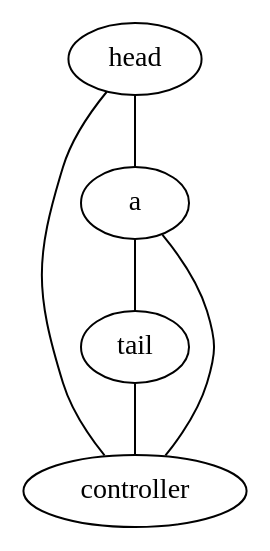
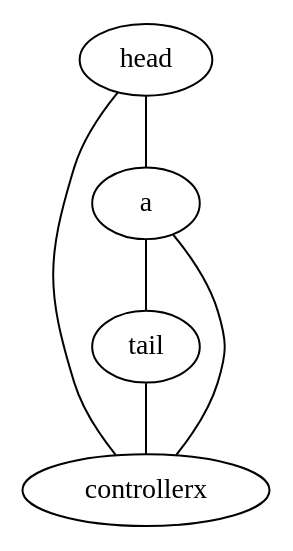
Before and after one commit to jsommers/fs: the diagram in conf/cbr1.dot, drawn with Graphviz. The commit also changed 9 other files, not shown here.

```diff
--- a/conf/cbr1.dot
+++ b/conf/cbr1.dot
@@ -1,56 +1,54 @@
 graph test {
     // global settings for measurements
     counterexportfile="counters"
     flowexport=text
     flowsampling=1.0
     pktsampling=1.0
     exportcycle=60
     counterexport=True
     counterexportinterval=1
     longflowtmo=60
     flowinactivetmo=60
     measurementnodes="a"
 
 
     head [ 
-        type="ofswitch"
+        type="OpenflowSwitch"
+        controller="controllerx"
         autoack="False"
         ipdests="10.1.0.0/16"
         traffic="m1"
 
         // harpoon
         // m1="modulator start=0.0 generator=s1 profile=((3600,),(10,))"
         // s1="harpoon ipsrc=10.1.1.0/24 ipdst=10.3.1.0/24 flowsize=pareto(5000,1.2) flowstart=exponential(10.0) ipproto=randomchoice(6) sport=randomchoice(22,80,443) dport=randomunifint(1025,65535) lossrate=randomchoice(0.001)"
 
         // udp vbr flows 
         m1="modulator start=0 generator=s1 profile=((3600,),(1,))"
-        s1="rawflow ipsrc=10.1.1.0/24 ipdst=10.3.1.0/24 flowlets=1 dport=randomunifint(1024,65535) sport=randomunifint(1024,65535) ipproto=udp pkts=randomchoice(8333) bytes=randomchoice(12500000) continuous=True fps=1"
+        s1="simple ipsrc=10.1.1.0/24 ipdst=10.3.1.0/24 flowlets=1 dport=randomunifint(1024,65535) sport=randomunifint(1024,65535) ipproto=udp pkts=randomchoice(8333) bytes=randomchoice(12500000) continuous=True fps=1"
     ];
 
     tail [ 
-        type="ofswitch"
+        type="OpenflowSwitch"
+        controller="controllerx"
         autoack="False"
         ipdests="10.3.0.0/16 10.4.0.0/16 10.0.0.0/8" 
     ];
 
-    controller [
-        type="ofcontroller"
-	    forwarding="shortest_paths"
+    controllerx [
+        type="OpenflowController"
+	components="shortest_paths"
     ];
 
     a [
-        type="ofswitch"
+        type="OpenflowSwitch"
+        controller="controllerx"
         autoack="False"
     ]
 
-        head -- a [weight=10, capacity=1000000000, delay=0.01 ];
-
-        head -- controller [ capacity=1000000000, delay=0.01 ]
-
-        a -- tail [weight=10, capacity=1000000000, delay=0.01 ];
-
-        a -- controller [ capacity=1000000000, delay=0.01 ]
-
-        tail -- controller [ capacity=1000000000, delay=0.01 ]
-
+    head -- a [weight=10, capacity=1000000000, delay=0.01 ];
+    head -- controllerx [ capacity=1000000000, delay=0.01 ]
+    a -- tail [weight=10, capacity=1000000000, delay=0.01 ];
+    a -- controllerx [ capacity=1000000000, delay=0.01 ]
+    tail -- controllerx [ capacity=1000000000, delay=0.01 ]
 }
```
